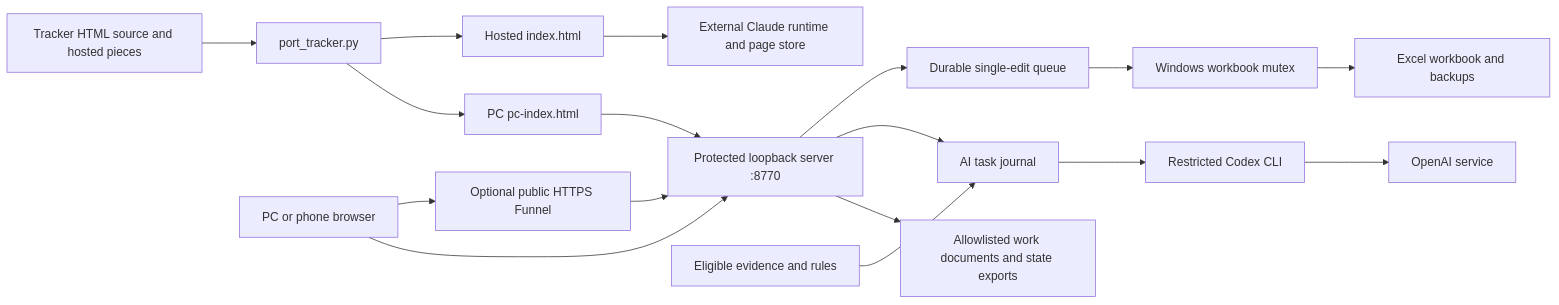
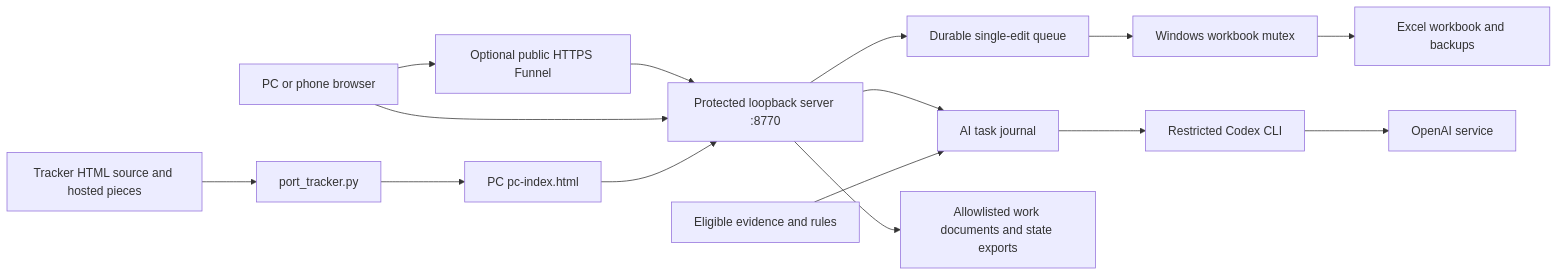
The diagram in docs/ARCHITECTURE.md (CarlitosRed/job-search-hq), drawn with Mermaid before and after one commit. The commit also changed other lines of this file and 23 other files, not shown here.

````diff
--- a/docs/ARCHITECTURE.md
+++ b/docs/ARCHITECTURE.md
@@ -5,19 +5,17 @@
 ```mermaid
 flowchart LR
     Source[Tracker HTML source and hosted pieces] --> Build[port_tracker.py]
-    Build --> Hosted[Hosted index.html]
     Build --> PC[PC pc-index.html]
-    Hosted --> Store[External Claude runtime and page store]
     Browser[PC or phone browser] --> Tunnel[Optional public HTTPS Funnel]
     Tunnel --> Server[Protected loopback server :8770]
     Browser --> Server
     PC --> Server
     Server --> Queue[Durable single-edit queue]
     Queue --> Lock[Windows workbook mutex]
     Lock --> Workbook[Excel workbook and backups]
     Server --> Tasks[AI task journal]
     Evidence[Eligible evidence and rules] --> Tasks
     Tasks --> CLI[Restricted Codex CLI]
     CLI --> OpenAI[OpenAI service]
     Server --> Files[Allowlisted work documents and state exports]
 ```
````
